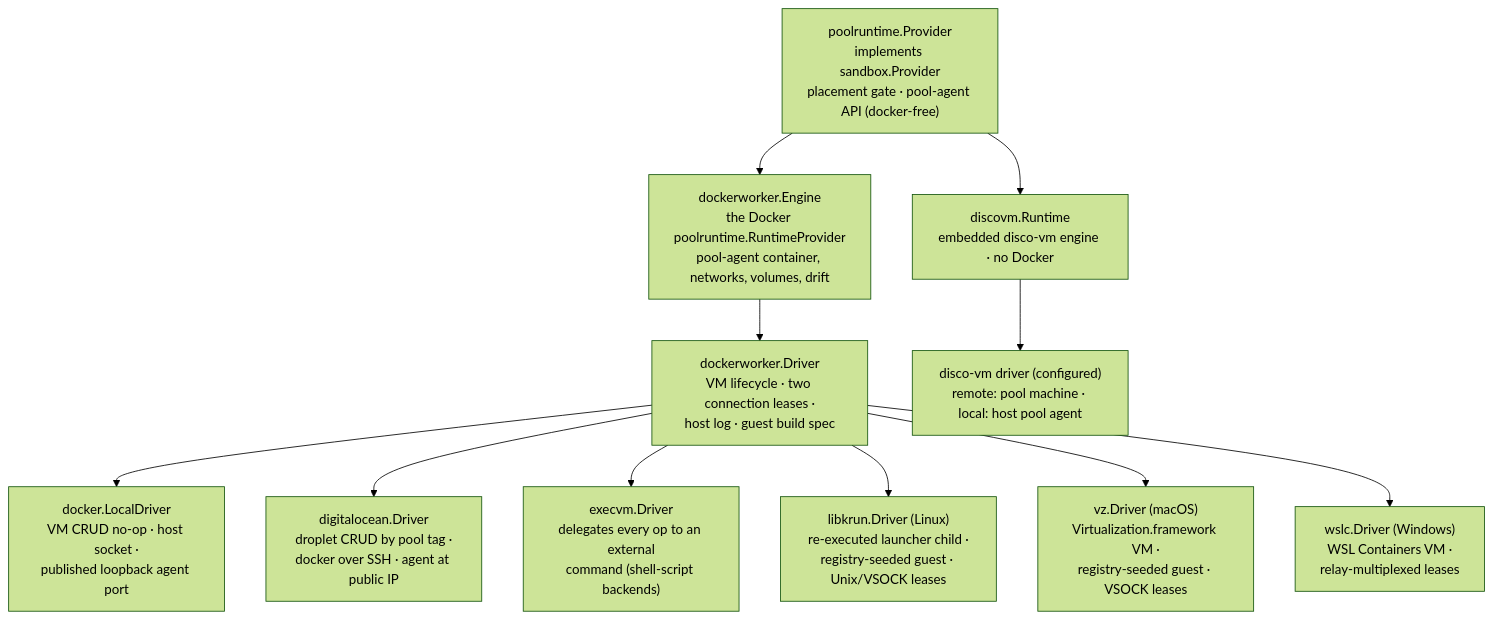
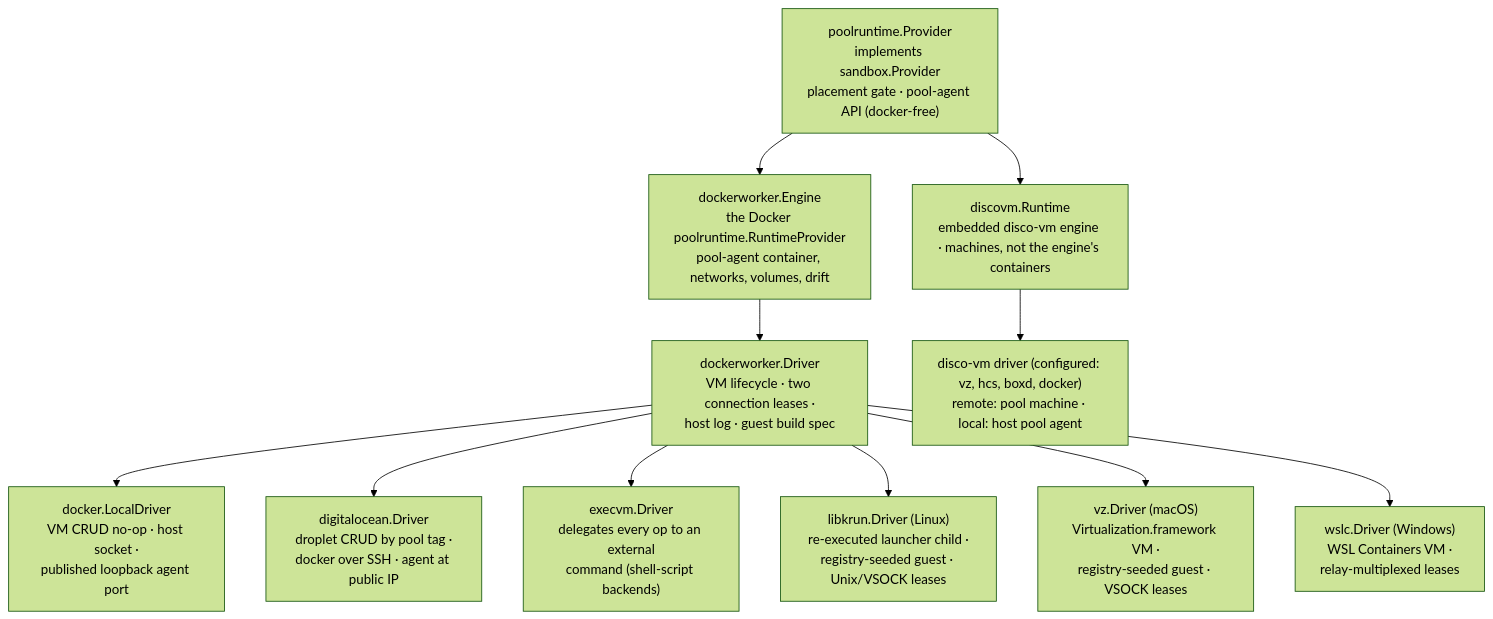
One commit to discobox-ai/discobox changed the diagram in server/providers/DESIGN.md. Above: the diagram before and after it, drawn with Mermaid (forest theme). The commit also changed other lines of this file and 14 other files, not shown here.

First line of the commit message:
feat(providers): discovm on disco-vm main, with its docker driver and a guest agent option

````diff
--- a/server/providers/DESIGN.md
+++ b/server/providers/DESIGN.md
@@ -45,18 +47,18 @@
 ```mermaid
 flowchart TD
     pool["poolruntime.Provider\nimplements sandbox.Provider\nplacement gate · pool-agent API (docker-free)"]
     engine["dockerworker.Engine\nthe Docker poolruntime.RuntimeProvider\npool-agent container, networks, volumes, drift"]
     driver["dockerworker.Driver\nVM lifecycle · two connection leases ·\nhost log · guest build spec"]
     local["docker.LocalDriver\nVM CRUD no-op · host socket ·\npublished loopback agent port"]
     do["digitalocean.Driver\ndroplet CRUD by pool tag ·\ndocker over SSH · agent at public IP"]
     execd["execvm.Driver\ndelegates every op to an external\ncommand (shell-script backends)"]
     libkrun["libkrun.Driver (Linux)\nre-executed launcher child ·\nregistry-seeded guest · Unix/VSOCK leases"]
     vz["vz.Driver (macOS)\nVirtualization.framework VM ·\nregistry-seeded guest · VSOCK leases"]
     wslc["wslc.Driver (Windows)\nWSL Containers VM ·\nrelay-multiplexed leases"]
-    discovm["discovm.Runtime\nembedded disco-vm engine · no Docker"]
-    dvdriver["disco-vm driver (configured)\nremote: pool machine · local: host pool agent"]
+    discovm["discovm.Runtime\nembedded disco-vm engine · machines, not the engine's containers"]
+    dvdriver["disco-vm driver (configured: vz, hcs, boxd, docker)\nremote: pool machine · local: host pool agent"]
 
     pool --> engine --> driver
     driver --> local & do & execd & libkrun & vz & wslc
     pool --> discovm --> dvdriver
 ```
````
